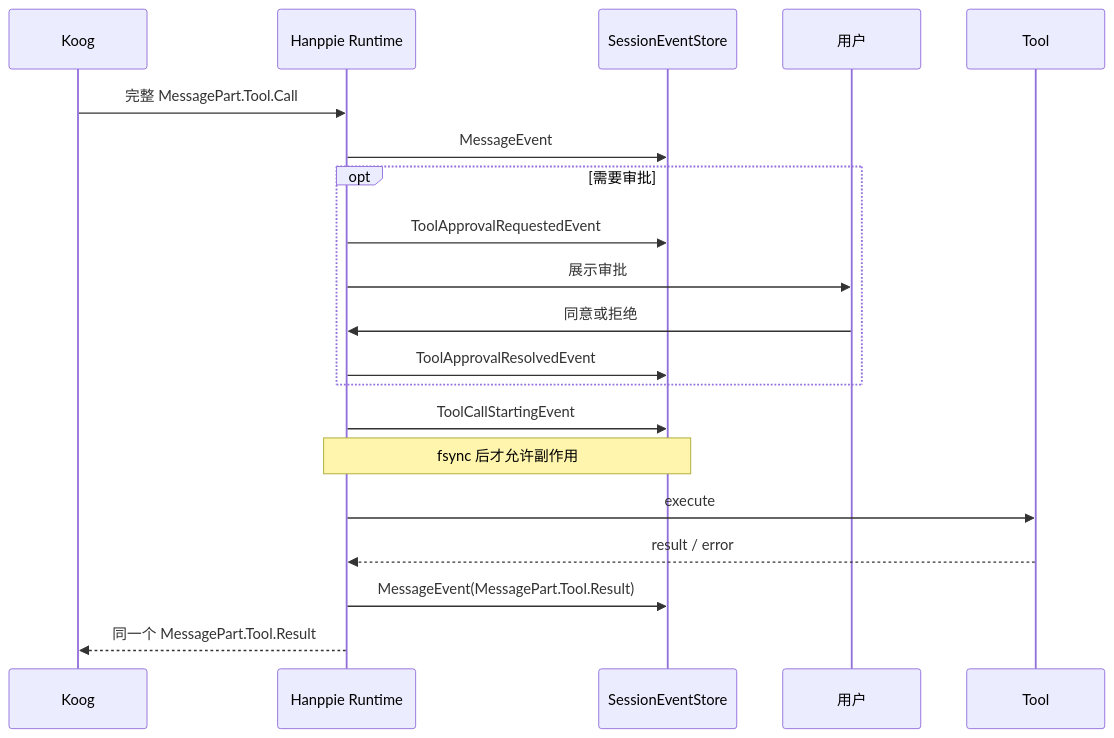
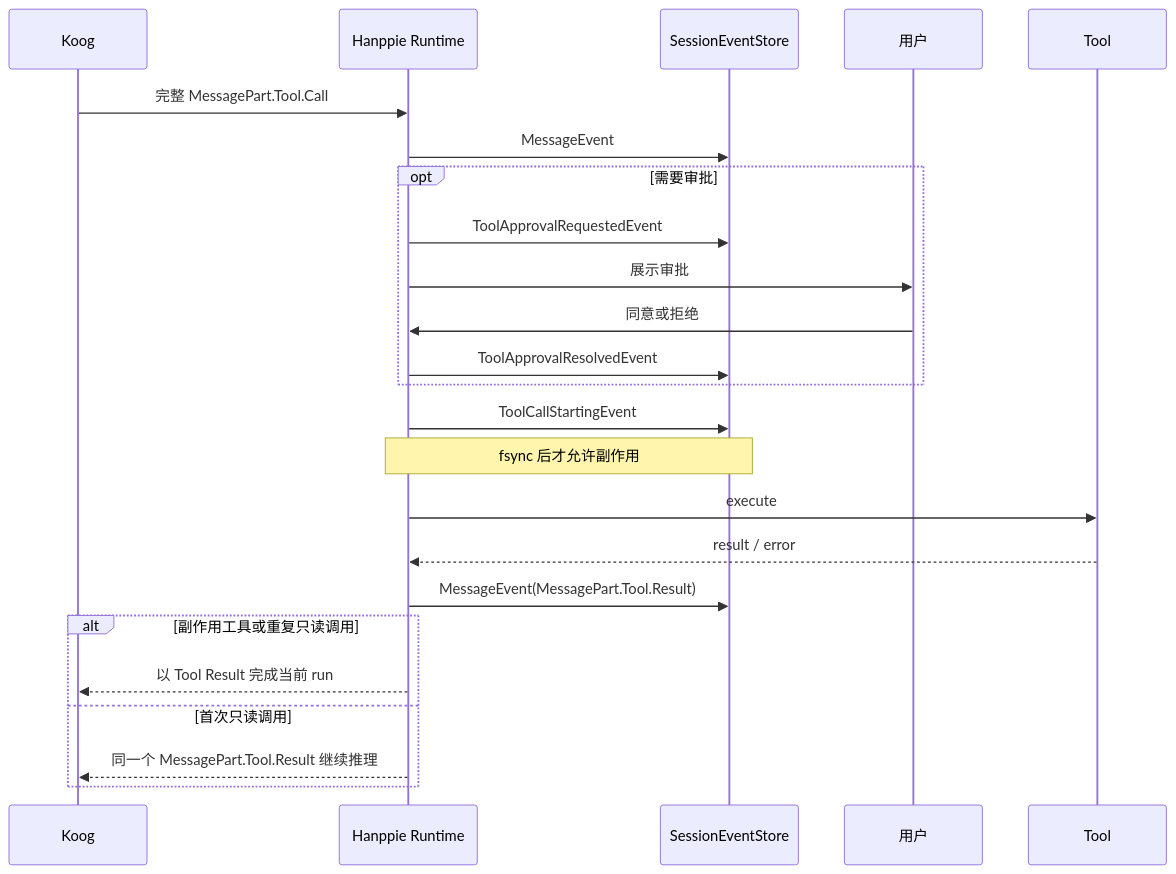
The sixth of 6 diagrams in docs/agent-runtime-plan.md (elonzh/hanppie), drawn with Mermaid before and after one commit. The commit also changed other lines of this file and 41 other files, not shown here.

````diff
--- a/docs/agent-runtime-plan.md
+++ b/docs/agent-runtime-plan.md
@@ -229,23 +233,27 @@
 ```mermaid
 sequenceDiagram
     participant K as Koog
     participant R as Hanppie Runtime
     participant E as SessionEventStore
     participant U as 用户
     participant T as Tool
 
     K->>R: 完整 MessagePart.Tool.Call
     R->>E: MessageEvent
     opt 需要审批
         R->>E: ToolApprovalRequestedEvent
         R->>U: 展示审批
         U->>R: 同意或拒绝
         R->>E: ToolApprovalResolvedEvent
     end
     R->>E: ToolCallStartingEvent
     Note over R,E: fsync 后才允许副作用
     R->>T: execute
     T-->>R: result / error
     R->>E: MessageEvent(MessagePart.Tool.Result)
-    R-->>K: 同一个 MessagePart.Tool.Result
+    alt 副作用工具或重复只读调用
+        R-->>K: 以 Tool Result 完成当前 run
+    else 首次只读调用
+        R-->>K: 同一个 MessagePart.Tool.Result 继续推理
+    end
 ```
````
